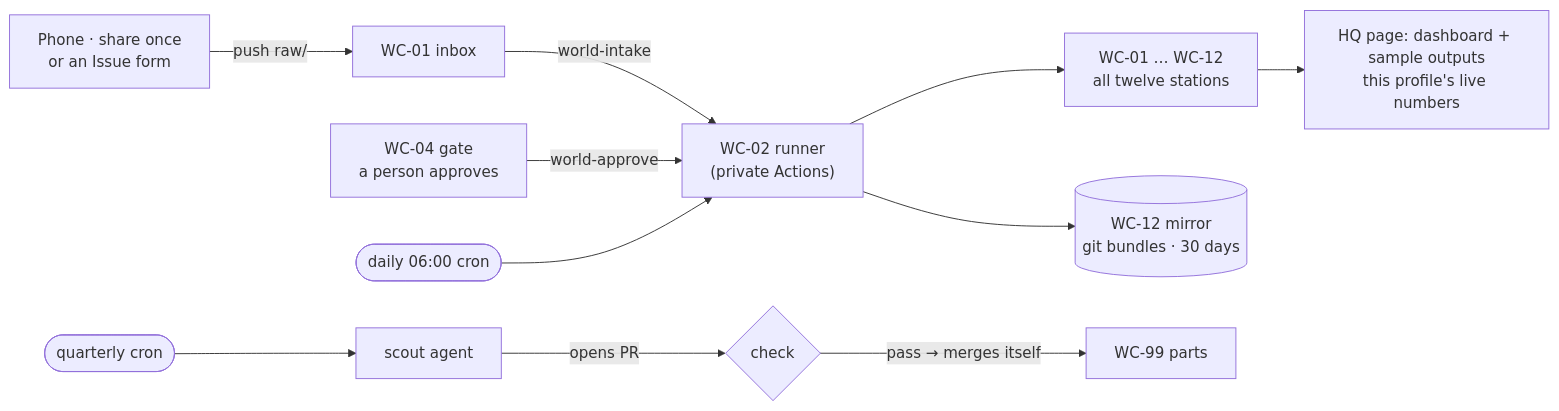
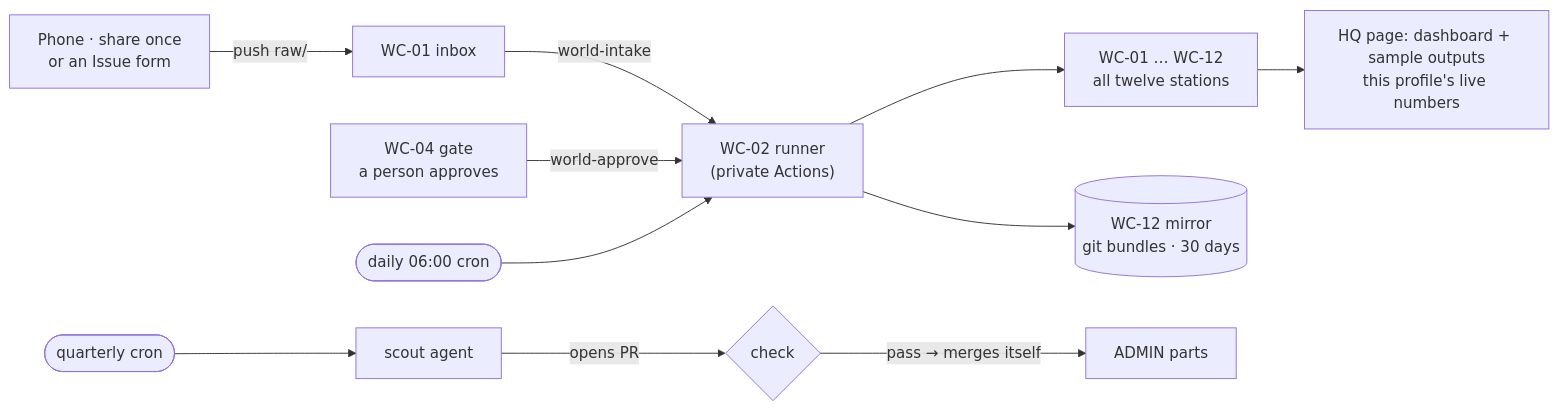
Before and after one commit to lfai-world/lfai-world: the diagram in README.md, drawn with Mermaid. The commit also changed other lines of this file and 3 other files, not shown here.

Commit message:
Rename: world-00-hq → world-hq (package core, no number), world-99-parts → admin-parts (development environment)

````diff
--- a/README.md
+++ b/README.md
@@ -80,11 +80,11 @@
 ```mermaid
 flowchart LR
   A["Phone · share once<br/>or an Issue form"] -->|push raw/| B["WC-01 inbox"]
   B -->|world-intake| R["WC-02 runner<br/>(private Actions)"]
   G["WC-04 gate<br/>a person approves"] -->|world-approve| R
   C(["daily 06:00 cron"]) --> R
   R --> S["WC-01 … WC-12<br/>all twelve stations"]
   S --> D["HQ page: dashboard + sample outputs<br/>this profile's live numbers"]
   R --> M[("WC-12 mirror<br/>git bundles · 30 days")]
-  X(["quarterly cron"]) --> P["scout agent"] -->|opens PR| Q{"check"} -->|pass → merges itself| W["WC-99 parts"]
+  X(["quarterly cron"]) --> P["scout agent"] -->|opens PR| Q{"check"} -->|pass → merges itself| W["ADMIN parts"]
 ```
````
